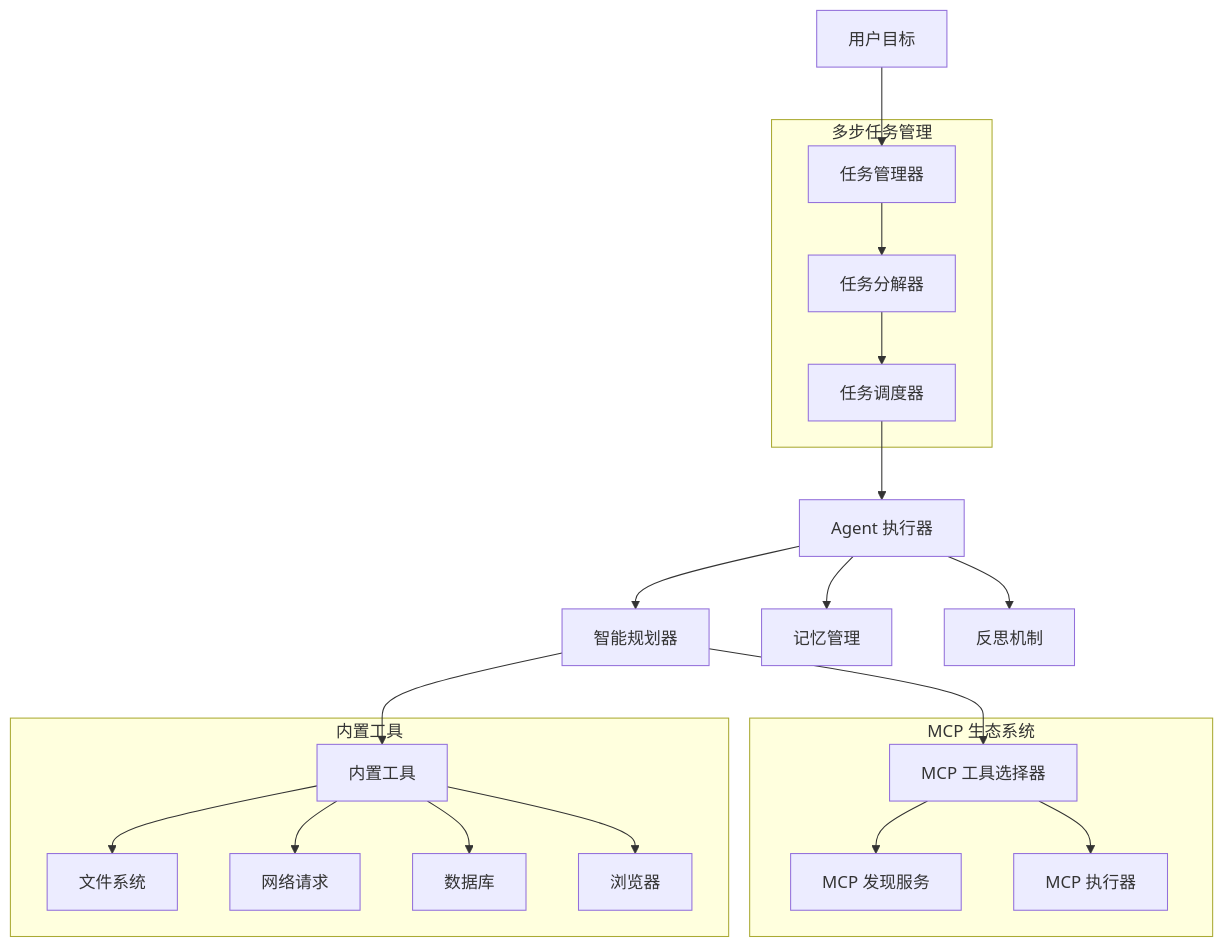
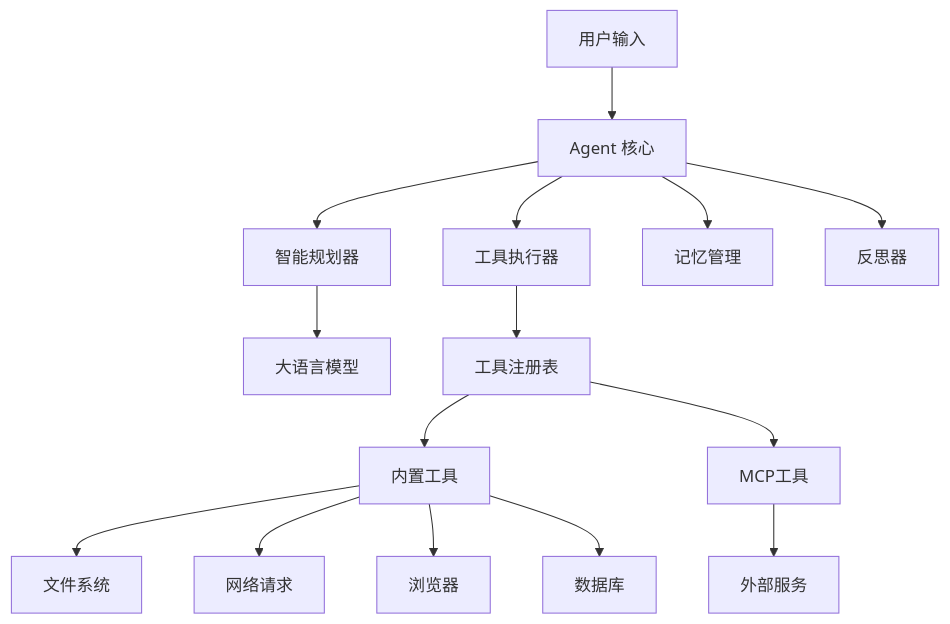
One commit to FoBoHuang/openmanus-go changed the diagram in README.md. Above: the diagram before and after it, drawn with Mermaid. The commit also changed other lines of this file and 22 other files, not shown here.

````diff
--- a/README.md
+++ b/README.md
@@ -33,36 +34,21 @@
 ```mermaid
 graph TB
-    User[用户目标] --> TM[任务管理器]
-    TM --> TD[任务分解器]
-    TD --> TS[任务调度器]
-    TS --> Agent[Agent 执行器]
+    User[用户输入] --> Agent[Agent 核心]
+    Agent --> Planner[智能规划器]
+    Agent --> Executor[工具执行器]
+    Agent --> Memory[记忆管理]
+    Agent --> Reflector[反思器]
     
-    Agent --> Planner[智能规划器]
-    Planner --> MCP[MCP 工具选择器]
-    Planner --> Tools[内置工具]
+    Planner --> LLM[大语言模型]
+    Executor --> Registry[工具注册表]
     
-    MCP --> MCPD[MCP 发现服务]
-    MCP --> MCPE[MCP 执行器]
+    Registry --> Builtin[内置工具]
+    Registry --> MCP[MCP工具]
     
-    Agent --> Memory[记忆管理]
-    Agent --> Reflection[反思机制]
+    Builtin --> FS[文件系统]
+    Builtin --> HTTP[网络请求]
+    Builtin --> Browser[浏览器]
+    Builtin --> DB[数据库]
     
-    subgraph "多步任务管理"
-        TM
-        TD
-        TS
-    end
-    
-    subgraph "MCP 生态系统"
-        MCP
-        MCPD
-        MCPE
-    end
-    
-    subgraph "内置工具"
-        Tools --> FS[文件系统]
-        Tools --> HTTP[网络请求]
-        Tools --> DB[数据库]
-        Tools --> Browser[浏览器]
-    end
+    MCP --> External[外部服务]
 ```
````
